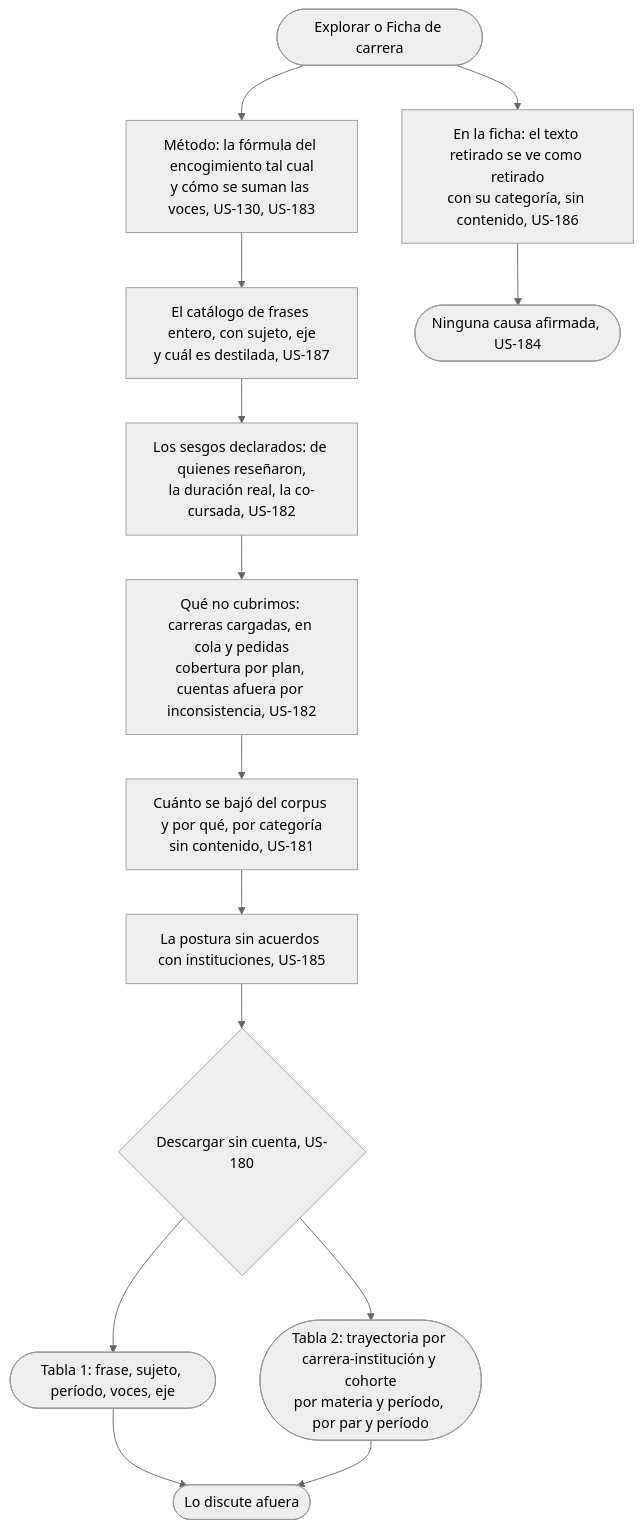
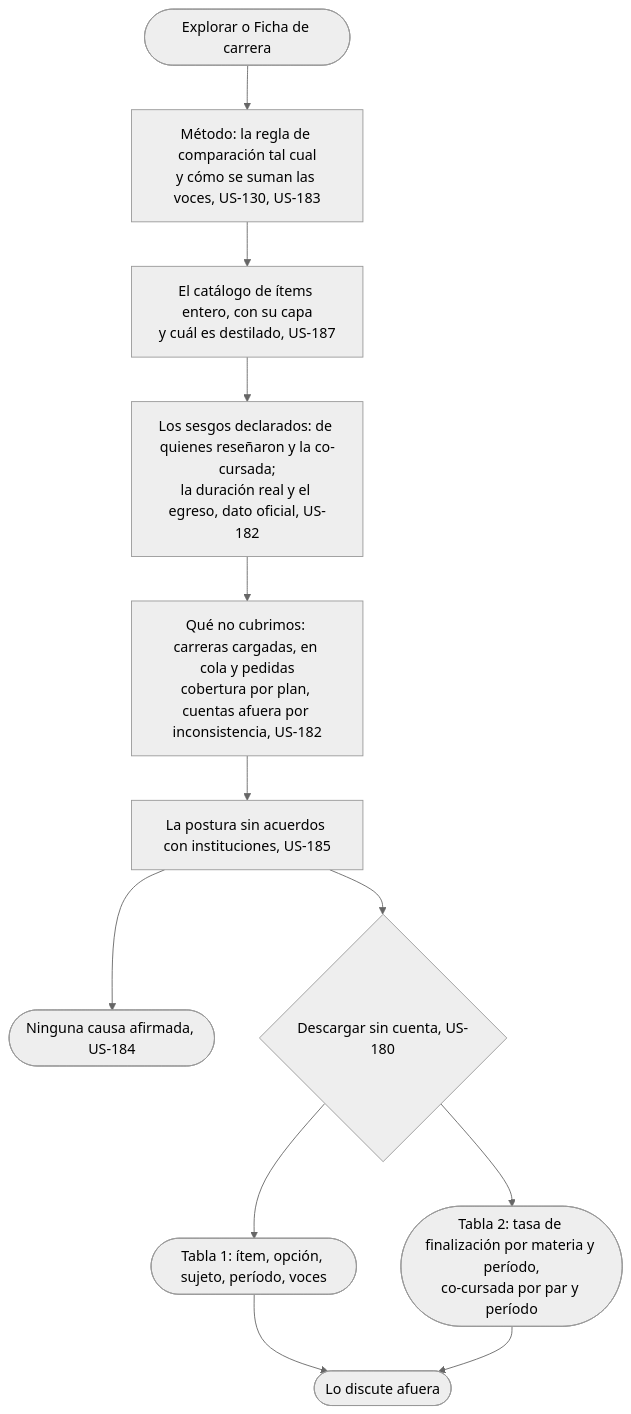
One commit to lucasidev/plan-b changed the diagram in docs/product/student/take-the-data/flow.md. Above: the diagram before and after it, drawn with Mermaid (neutral theme). The commit also changed other lines of this file and 243 other files, not shown here.

````diff
--- a/docs/product/student/take-the-data/flow.md
+++ b/docs/product/student/take-the-data/flow.md
@@ -5,16 +5,14 @@
 ```mermaid
 flowchart TD
-  A([Explorar o Ficha de carrera]) --> B[Método: la fórmula del encogimiento tal cual<br/>y cómo se suman las voces, US-130, US-183]
-  B --> C[El catálogo de frases entero, con sujeto, eje<br/>y cuál es destilada, US-187]
-  C --> D[Los sesgos declarados: de quienes reseñaron,<br/>la duración real, la co-cursada, US-182]
+  A([Explorar o Ficha de carrera]) --> B[Método: la regla de comparación tal cual<br/>y cómo se suman las voces, US-130, US-183]
+  B --> C[El catálogo de ítems entero, con su capa<br/>y cuál es destilado, US-187]
+  C --> D[Los sesgos declarados: de quienes reseñaron y la co-cursada;<br/>la duración real y el egreso, dato oficial, US-182]
   D --> E[Qué no cubrimos: carreras cargadas, en cola y pedidas<br/>cobertura por plan, cuentas afuera por inconsistencia, US-182]
-  E --> F[Cuánto se bajó del corpus y por qué, por categoría<br/>sin contenido, US-181]
-  F --> G[La postura sin acuerdos con instituciones, US-185]
+  E --> G[La postura sin acuerdos con instituciones, US-185]
+  G --> M([Ninguna causa afirmada, US-184])
   G --> H{Descargar sin cuenta, US-180}
-  H --> I([Tabla 1: frase, sujeto, período, voces, eje])
-  H --> J([Tabla 2: trayectoria por carrera-institución y cohorte<br/>por materia y período, por par y período])
+  H --> I([Tabla 1: ítem, opción, sujeto, período, voces])
+  H --> J([Tabla 2: tasa de finalización por materia y período,<br/>co-cursada por par y período])
   I --> K([Lo discute afuera])
   J --> K
-  A --> L[En la ficha: el texto retirado se ve como retirado<br/>con su categoría, sin contenido, US-186]
-  L --> M([Ninguna causa afirmada, US-184])
 ```
````
